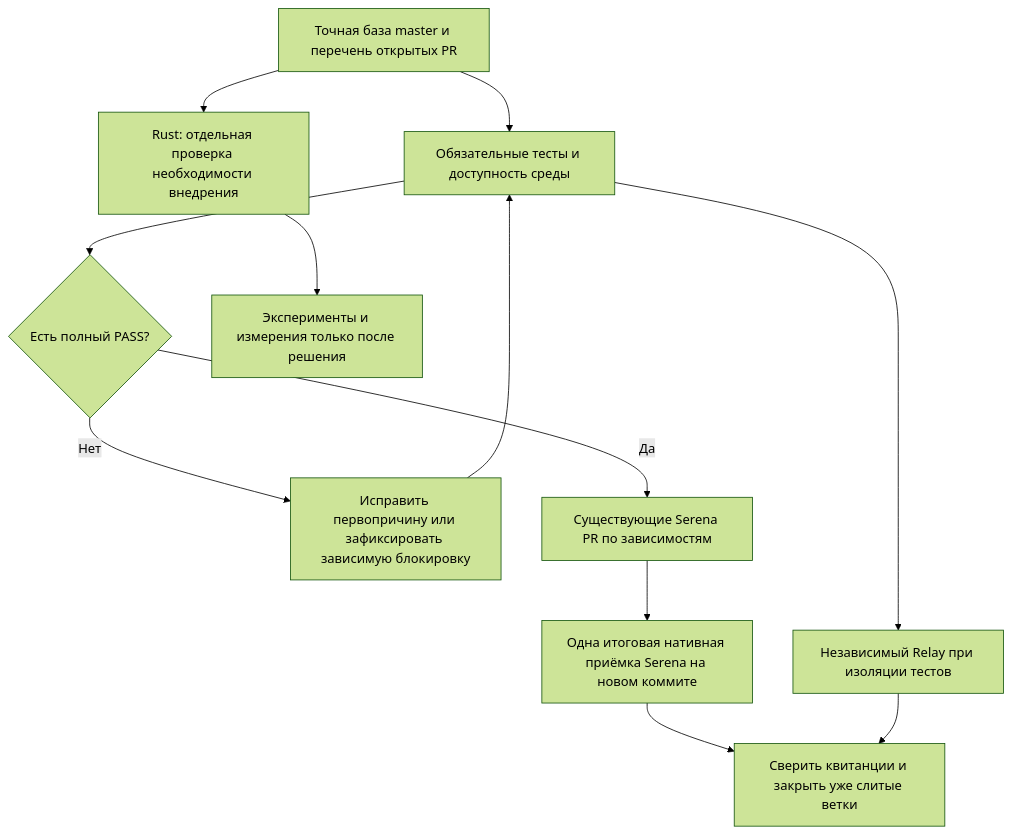
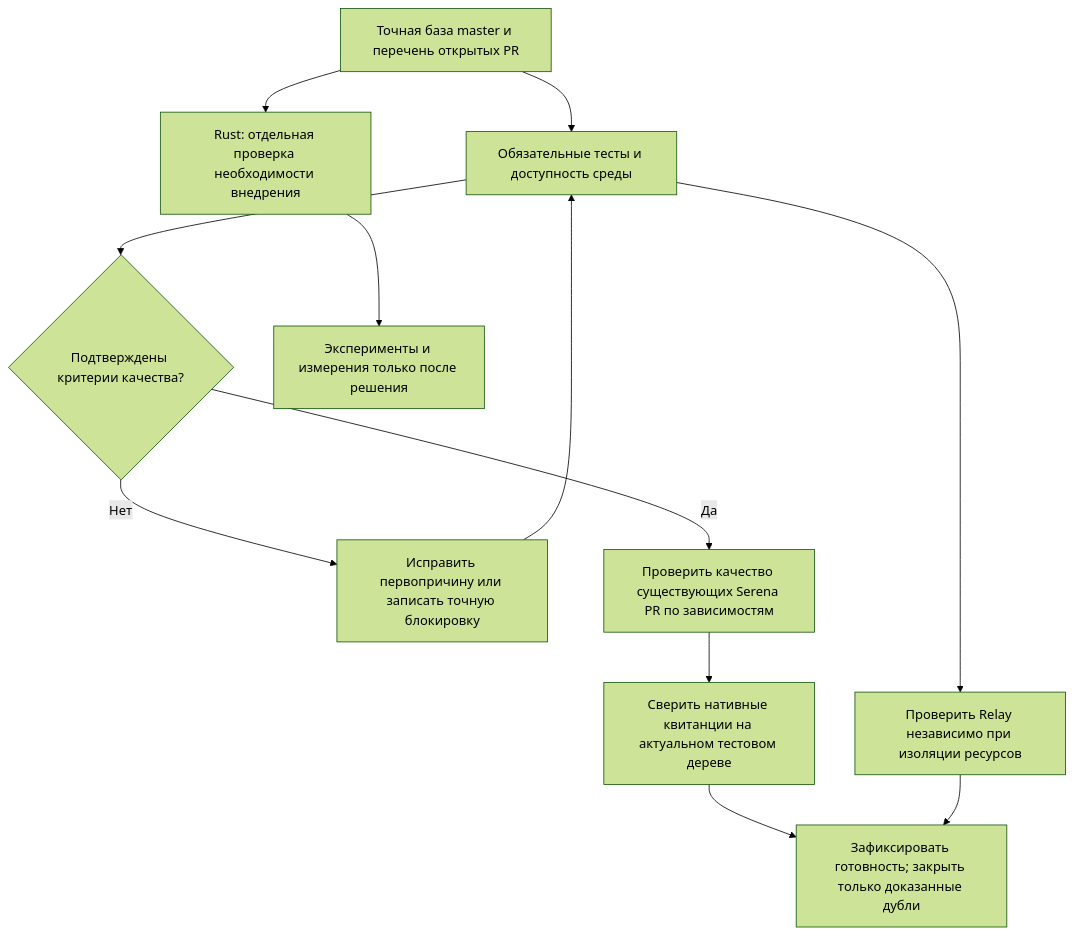
One commit to applicate2628/mcp-local-hub changed the diagram in .plans/2026-11/open-pr-integration-20261117.md. Above: the diagram before and after it, drawn with Mermaid (forest theme). The commit also changed other lines of this file and 1 other file, not shown here.

````diff
--- a/.plans/2026-11/open-pr-integration-20261117.md
+++ b/.plans/2026-11/open-pr-integration-20261117.md
@@ -43,14 +43,14 @@
 ```mermaid
 flowchart TD
     A["Точная база master и перечень открытых PR"] --> B["Обязательные тесты и доступность среды"]
-    B --> C{"Есть полный PASS?"}
-    C -->|Нет| D["Исправить первопричину или зафиксировать зависимую блокировку"]
+    B --> C{"Подтверждены критерии качества?"}
+    C -->|Нет| D["Исправить первопричину или записать точную блокировку"]
     D --> B
-    C -->|Да| E["Существующие Serena PR по зависимостям"]
-    B --> F["Независимый Relay при изоляции тестов"]
-    E --> G["Одна итоговая нативная приёмка Serena на новом коммите"]
-    G --> H["Сверить квитанции и закрыть уже слитые ветки"]
+    C -->|Да| E["Проверить качество существующих Serena PR по зависимостям"]
+    B --> F["Проверить Relay независимо при изоляции ресурсов"]
+    E --> G["Сверить нативные квитанции на актуальном тестовом дереве"]
+    G --> H["Зафиксировать готовность; закрыть только доказанные дубли"]
     F --> H
     A --> R["Rust: отдельная проверка необходимости внедрения"]
     R --> S["Эксперименты и измерения только после решения"]
 ```
````
